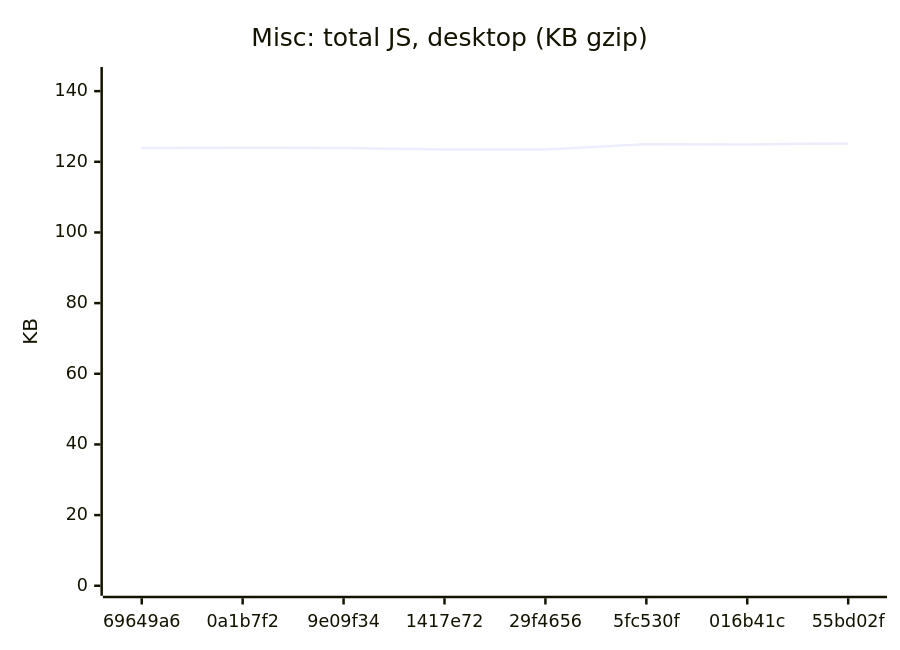
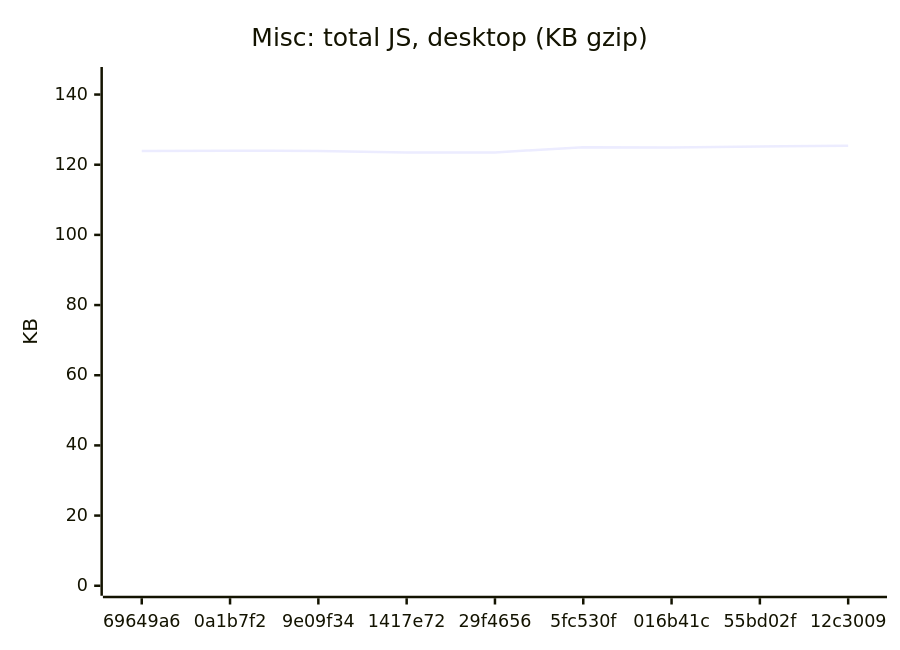
Before and after one commit to AxelUser/maltsev.space: the seventh of 18 diagrams in README.md, drawn with Mermaid. The commit also changed other lines of this file and 1 other file, not shown here.

````diff
--- a/README.md
+++ b/README.md
@@ -89,7 +89,7 @@
 ```mermaid
 xychart-beta
   title "Misc: total JS, desktop (KB gzip)"
-  x-axis ["69649a6", "0a1b7f2", "9e09f34", "1417e72", "29f4656", "5fc530f", "016b41c", "55bd02f"]
-  y-axis "KB" 0 --> 144
-  line [123.9, 124, 123.9, 123.5, 123.5, 125, 124.9, 125.2]
+  x-axis ["69649a6", "0a1b7f2", "9e09f34", "1417e72", "29f4656", "5fc530f", "016b41c", "55bd02f", "12c3009"]
+  y-axis "KB" 0 --> 145
+  line [123.9, 124, 123.9, 123.5, 123.5, 125, 124.9, 125.2, 125.4]
 ```
````
